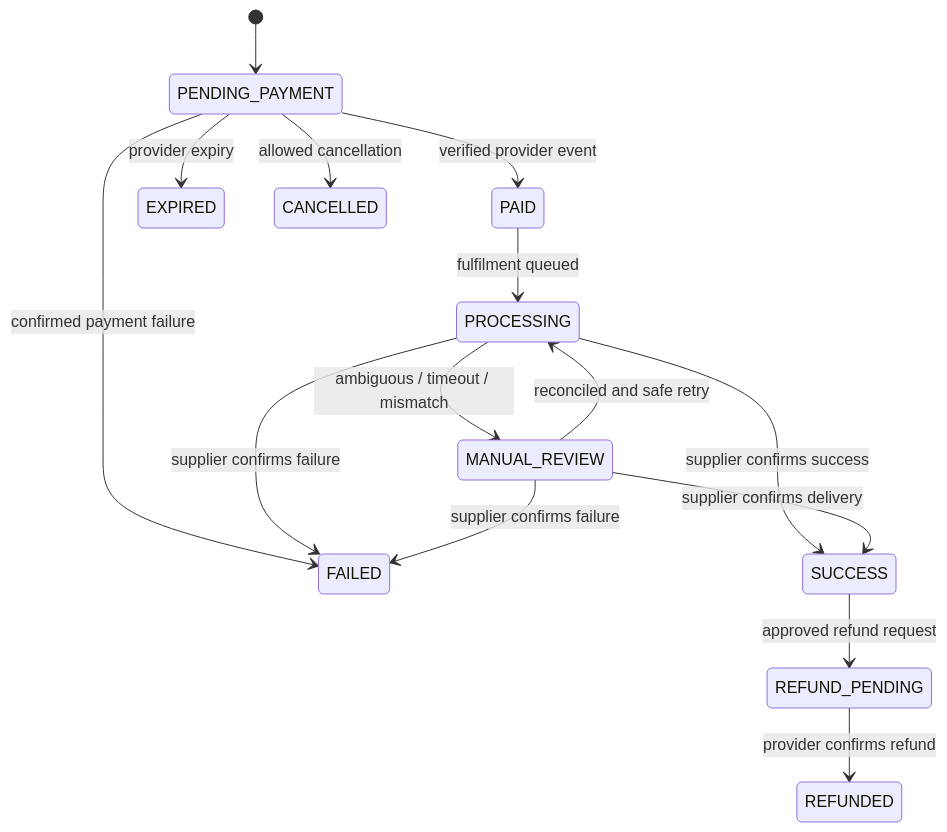
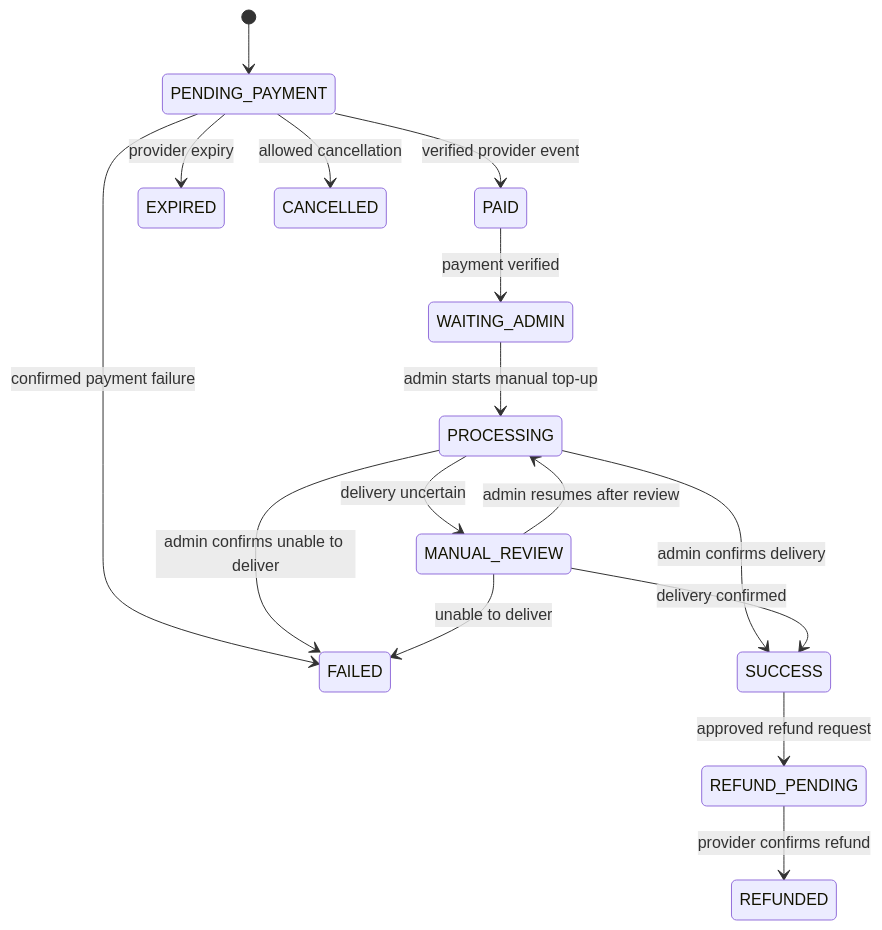
One commit to Vanbee01/topup-ppob changed the fourth of 4 diagrams in docs/system-design.md. Above: the diagram before and after it, drawn with Mermaid. The commit also changed other lines of this file, not shown here.

Commit message:
docs: switch fulfilment to manual admin processing

````diff
--- a/docs/system-design.md
+++ b/docs/system-design.md
@@ -225,17 +223,18 @@
 ```mermaid
 stateDiagram-v2
   [*] --> PENDING_PAYMENT
   PENDING_PAYMENT --> PAID: verified provider event
   PENDING_PAYMENT --> EXPIRED: provider expiry
   PENDING_PAYMENT --> CANCELLED: allowed cancellation
   PENDING_PAYMENT --> FAILED: confirmed payment failure
-  PAID --> PROCESSING: fulfilment queued
-  PROCESSING --> SUCCESS: supplier confirms success
-  PROCESSING --> MANUAL_REVIEW: ambiguous / timeout / mismatch
-  PROCESSING --> FAILED: supplier confirms failure
-  MANUAL_REVIEW --> PROCESSING: reconciled and safe retry
-  MANUAL_REVIEW --> SUCCESS: supplier confirms delivery
-  MANUAL_REVIEW --> FAILED: supplier confirms failure
+  PAID --> WAITING_ADMIN: payment verified
+  WAITING_ADMIN --> PROCESSING: admin starts manual top-up
+  PROCESSING --> SUCCESS: admin confirms delivery
+  PROCESSING --> MANUAL_REVIEW: delivery uncertain
+  PROCESSING --> FAILED: admin confirms unable to deliver
+  MANUAL_REVIEW --> PROCESSING: admin resumes after review
+  MANUAL_REVIEW --> SUCCESS: delivery confirmed
+  MANUAL_REVIEW --> FAILED: unable to deliver
   SUCCESS --> REFUND_PENDING: approved refund request
   REFUND_PENDING --> REFUNDED: provider confirms refund
 ```
````
